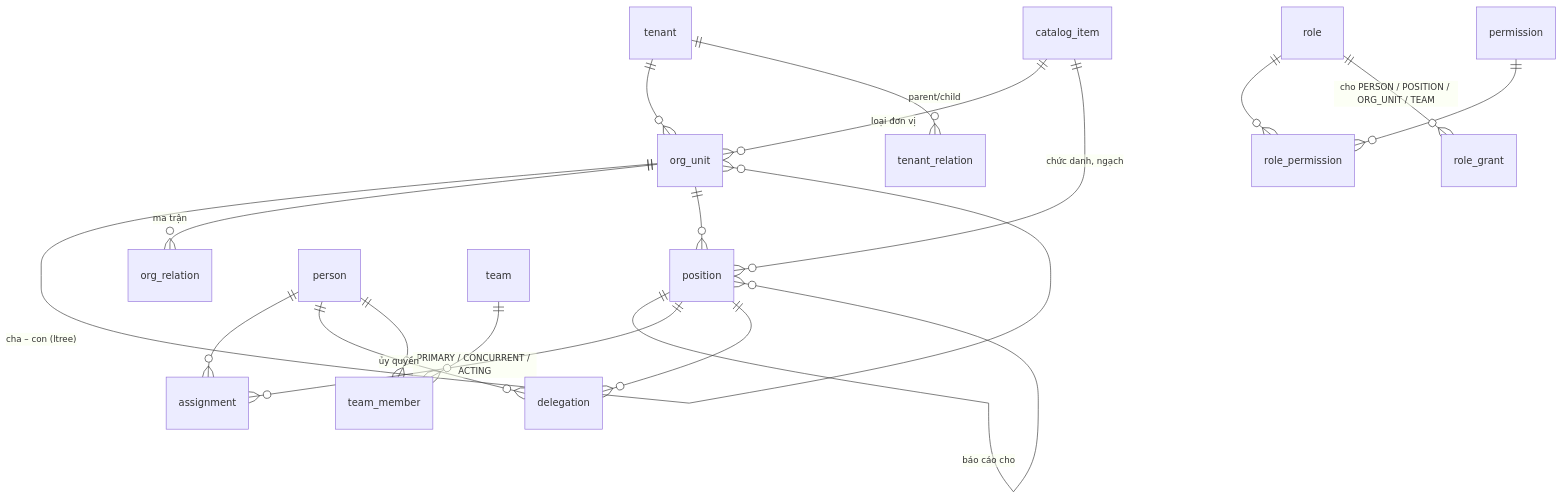
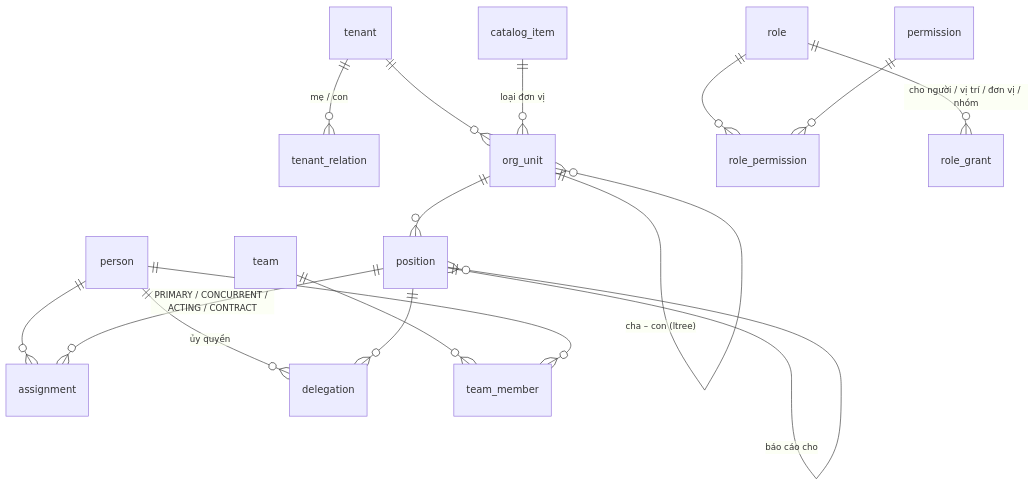
The first of 2 diagrams in docs/thiet-ke/03-thiet-ke-csdl.md (ThanhNLT/CTU_Bamboo), drawn with Mermaid before and after one commit. The commit also changed other lines of this file and 21 other files, not shown here.

````diff
--- a/docs/thiet-ke/03-thiet-ke-csdl.md
+++ b/docs/thiet-ke/03-thiet-ke-csdl.md
@@ -59,20 +105,18 @@
 ```mermaid
 erDiagram
+  tenant ||--o{ tenant_relation : "mẹ / con"
   tenant ||--o{ org_unit : ""
-  tenant ||--o{ tenant_relation : "parent/child"
   catalog_item ||--o{ org_unit : "loại đơn vị"
-  catalog_item ||--o{ position : "chức danh, ngạch"
   org_unit ||--o{ org_unit : "cha – con (ltree)"
-  org_unit ||--o{ org_relation : "ma trận"
   org_unit ||--o{ position : ""
   position ||--o{ position : "báo cáo cho"
   person ||--o{ assignment : ""
-  position ||--o{ assignment : "PRIMARY / CONCURRENT / ACTING"
+  position ||--o{ assignment : "PRIMARY / CONCURRENT / ACTING / CONTRACT"
   person ||--o{ delegation : "ủy quyền"
   position ||--o{ delegation : ""
   team ||--o{ team_member : ""
   person ||--o{ team_member : ""
   role ||--o{ role_permission : ""
   permission ||--o{ role_permission : ""
-  role ||--o{ role_grant : "cho PERSON / POSITION / ORG_UNIT / TEAM"
+  role ||--o{ role_grant : "cho người / vị trí / đơn vị / nhóm"
 ```
````
